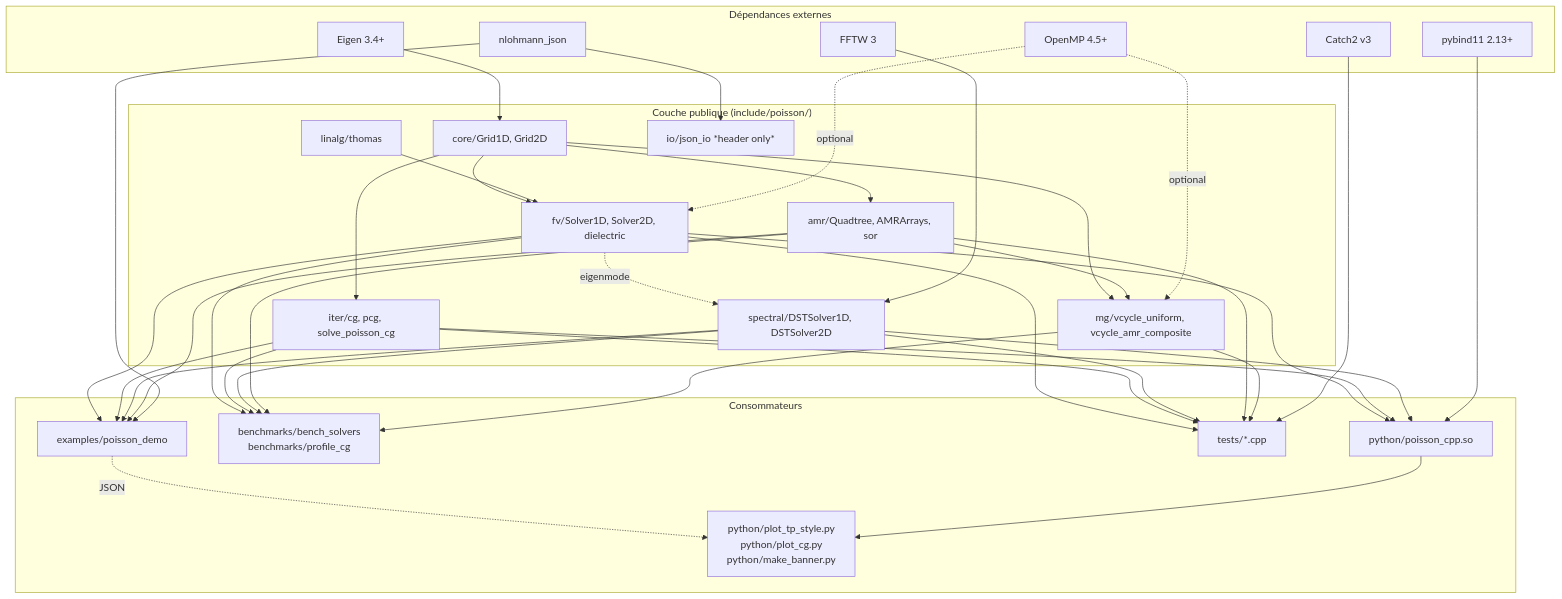
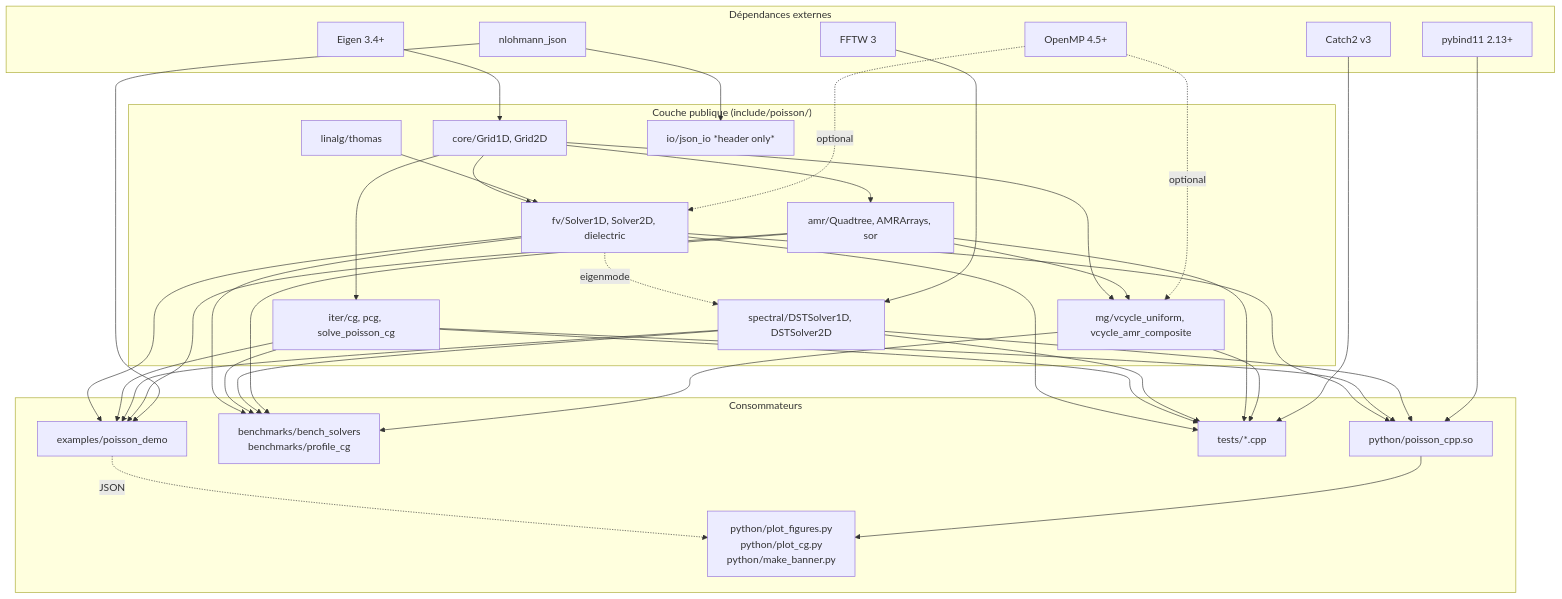
One commit to wolf75222/poisson_cpp changed the first of 4 diagrams in docs/ARCHITECTURE.md. Above: the diagram before and after it, drawn with Mermaid. The commit also changed other lines of this file and 21 other files, not shown here.

````diff
--- a/docs/ARCHITECTURE.md
+++ b/docs/ARCHITECTURE.md
@@ -5,66 +5,66 @@
 ```mermaid
 flowchart TD
     subgraph "Couche publique (include/poisson/)"
         A[core/Grid1D, Grid2D]
         B[linalg/thomas]
         C[fv/Solver1D, Solver2D, dielectric]
         D[iter/cg, pcg, solve_poisson_cg]
         E[spectral/DSTSolver1D, DSTSolver2D]
         F[amr/Quadtree, AMRArrays, sor]
         G[mg/vcycle_uniform, vcycle_amr_composite]
         H[io/json_io *header only*]
     end
 
     subgraph "Dépendances externes"
         EIGEN[Eigen 3.4+]
         FFTW[FFTW 3]
         OMP[OpenMP 4.5+]
         CATCH[Catch2 v3]
         PYBIND[pybind11 2.13+]
         JSON[nlohmann_json]
     end
 
     subgraph "Consommateurs"
         CLI[examples/poisson_demo]
         BENCH[benchmarks/bench_solvers<br/>benchmarks/profile_cg]
         TESTS[tests/*.cpp]
         PYMOD[python/poisson_cpp.so]
-        PYSCRIPTS[python/plot_tp_style.py<br/>python/plot_cg.py<br/>python/make_banner.py]
+        PYSCRIPTS[python/plot_figures.py<br/>python/plot_cg.py<br/>python/make_banner.py]
     end
 
     A --> C
     A --> D
     A --> F
     A --> G
     B --> C
     C -.eigenmode.-> E
     F --> G
     C --> CLI
     D --> CLI
     E --> CLI
     F --> CLI
     C --> BENCH
     D --> BENCH
     E --> BENCH
     F --> BENCH
     G --> BENCH
     C --> TESTS
     D --> TESTS
     E --> TESTS
     F --> TESTS
     G --> TESTS
     CLI -.JSON.-> PYSCRIPTS
     PYMOD --> PYSCRIPTS
     C --> PYMOD
     D --> PYMOD
     E --> PYMOD
 
     EIGEN --> A
     FFTW --> E
     OMP -.optional.-> C
     OMP -.optional.-> G
     CATCH --> TESTS
     PYBIND --> PYMOD
     JSON --> H
     JSON --> CLI
 ```
````
